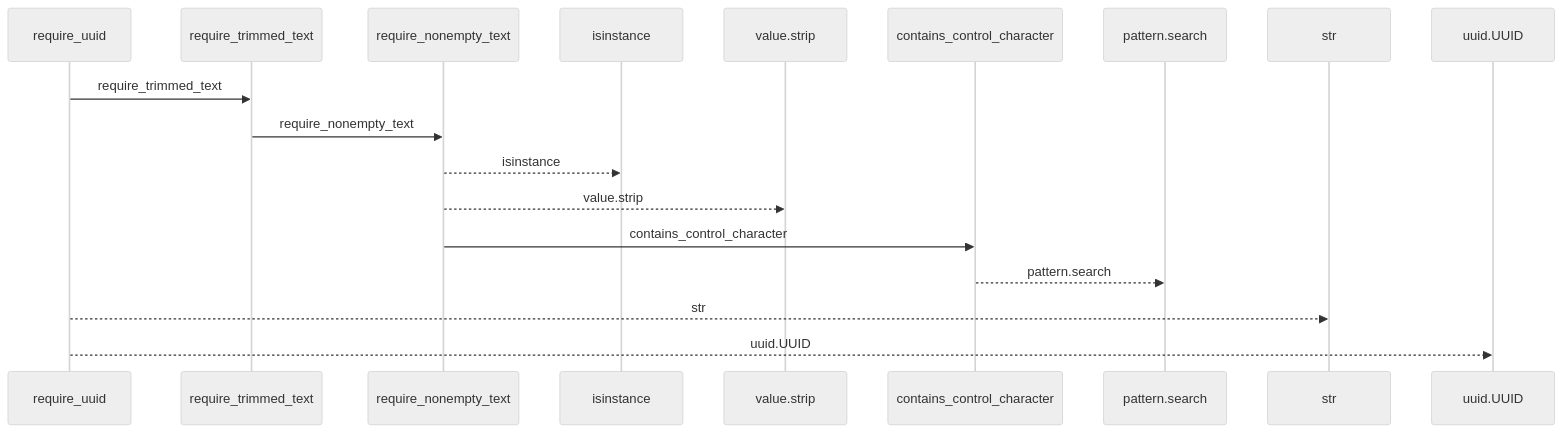
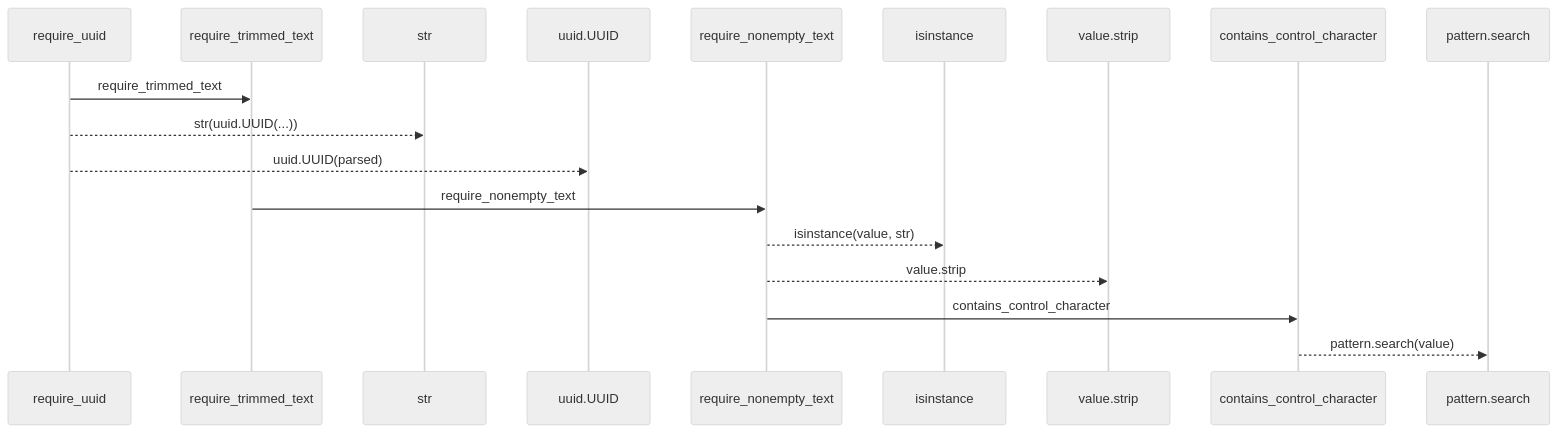
Before and after one commit to Denissvgn/python-wiki-llm: the first of 2 diagrams in docs/llm_wiki/flows/api-require_uuid.md, drawn with Mermaid (neutral theme). The commit also changed other lines of this file and 1410 other files, not shown here.

````diff
--- a/docs/llm_wiki/flows/api-require_uuid.md
+++ b/docs/llm_wiki/flows/api-require_uuid.md
@@ -10,20 +12,20 @@
 ```mermaid
 sequenceDiagram
     participant p0 as require_uuid
     participant p1 as require_trimmed_text
-    participant p2 as require_nonempty_text
-    participant p3 as isinstance
-    participant p4 as value.strip
-    participant p5 as contains_control_character
-    participant p6 as pattern.search
-    participant p7 as str
-    participant p8 as uuid.UUID
+    participant p2 as str
+    participant p3 as uuid.UUID
+    participant p4 as require_nonempty_text
+    participant p5 as isinstance
+    participant p6 as value.strip
+    participant p7 as contains_control_character
+    participant p8 as pattern.search
     p0->>p1: require_trimmed_text
-    p1->>p2: require_nonempty_text
-    p2-->>p3: isinstance
-    p2-->>p4: value.strip
-    p2->>p5: contains_control_character
-    p5-->>p6: pattern.search
-    p0-->>p7: str
-    p0-->>p8: uuid.UUID
+    p0-->>p2: str(uuid.UUID(...))
+    p0-->>p3: uuid.UUID(parsed)
+    p1->>p4: require_nonempty_text
+    p4-->>p5: isinstance(value, str)
+    p4-->>p6: value.strip
+    p4->>p7: contains_control_character
+    p7-->>p8: pattern.search(value)
 ```
````
